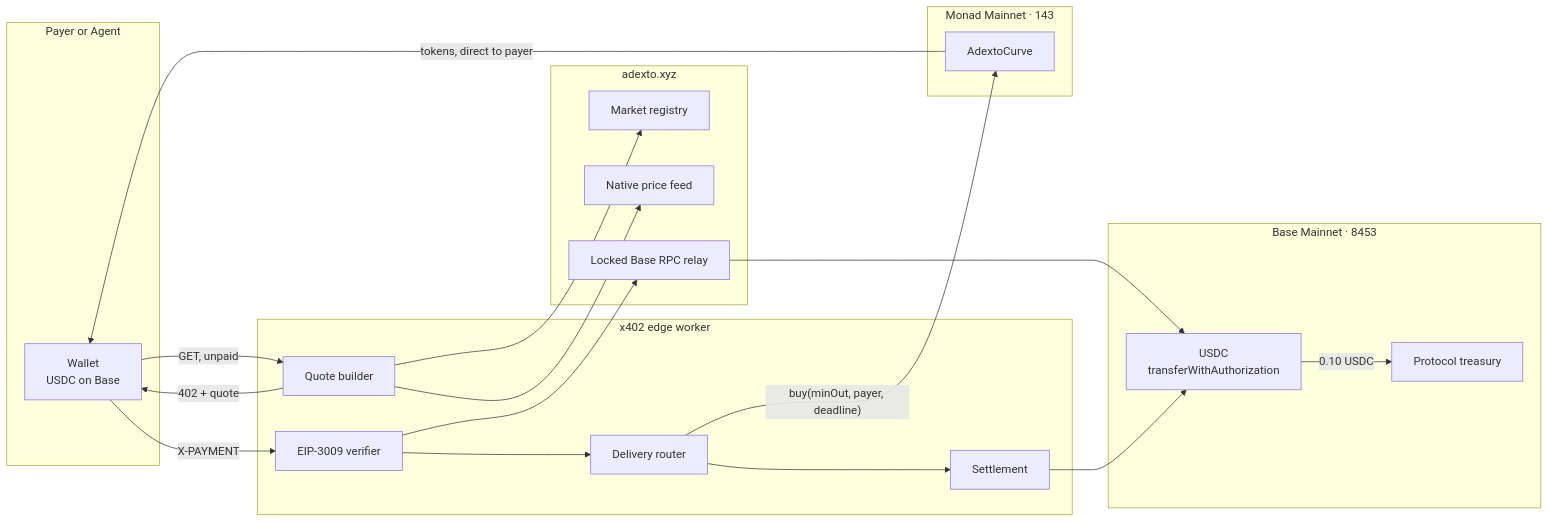
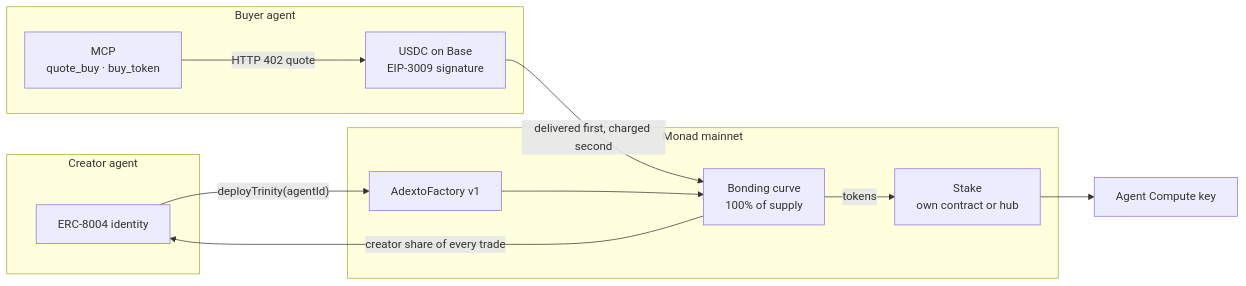
The first of 2 diagrams in README.md (0xcuy/adexto-monad), drawn with Mermaid before and after one commit. The commit also changed other lines of this file and 11 other files, not shown here.

````diff
--- a/README.md
+++ b/README.md
@@ -387,42 +90,22 @@
 ```mermaid
 flowchart LR
-    subgraph payer["Payer or Agent"]
-        W["Wallet<br/>USDC on Base"]
+    subgraph seller["Creator agent"]
+        ID["ERC-8004 identity"]
     end
+    subgraph monad["Monad mainnet"]
+        F["AdextoFactory v1"]
+        C["Bonding curve<br/>100% of supply"]
+        S["Stake<br/>own contract or hub"]
+    end
+    subgraph buyer["Buyer agent"]
+        M["MCP<br/>quote_buy · buy_token"]
+        U["USDC on Base<br/>EIP-3009 signature"]
+    end
+    K["Agent Compute key"]
 
-    subgraph edge["x402 edge worker"]
-        Q["Quote builder"]
-        V["EIP-3009 verifier"]
-        D["Delivery router"]
-        S["Settlement"]
-    end
-
-    subgraph origin["adexto.xyz"]
-        R["Market registry"]
-        P["Native price feed"]
-        RL["Locked Base RPC relay"]
-    end
-
-    subgraph base["Base Mainnet · 8453"]
-        U["USDC<br/>transferWithAuthorization"]
-        T["Protocol treasury"]
-    end
-
-    subgraph monad["Monad Mainnet · 143"]
-        C["AdextoCurve"]
-    end
-
-    W -->|"GET, unpaid"| Q
-    Q --> R
-    Q --> P
-    Q -->|"402 + quote"| W
-    W -->|"X-PAYMENT"| V
-    V --> RL
-    RL --> U
-    V --> D
-    D -->|"buy(minOut, payer, deadline)"| C
-    C -->|"tokens, direct to payer"| W
-    D --> S
-    S --> U
-    U -->|"0.10 USDC"| T
+    ID -->|"deployTrinity(agentId)"| F --> C
+    M -->|"HTTP 402 quote"| U
+    U -->|"delivered first, charged second"| C
+    C -->|"creator share of every trade"| ID
+    C -->|"tokens"| S --> K
 ```
````
